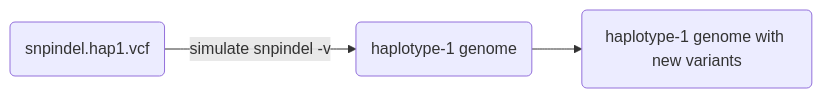
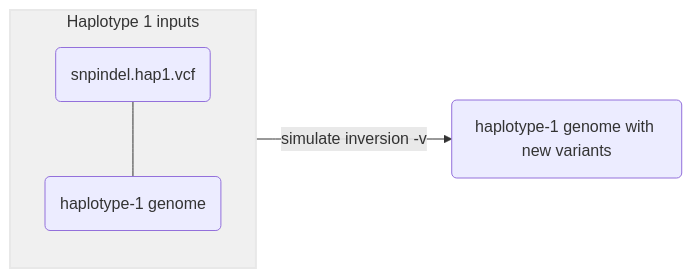
The fourth of 5 diagrams in Modules/Simulate/simulate-variants.md (pdimens/harpy), drawn with Mermaid before and after one commit. The commit also changed other lines of this file and 10 other files, not shown here.

Commit message:
make all the mermaids nicer

````diff
--- a/Modules/Simulate/simulate-variants.md
+++ b/Modules/Simulate/simulate-variants.md
@@ -250,5 +247,8 @@
 ```mermaid
 graph LR
-    hap1(snpindel.hap1.vcf)-->|simulate snpindel -v|geno
-    geno(haplotype-1 genome)-->genohap1(haplotype-1 genome with new variants)
+    subgraph id1 ["Haplotype 1 inputs"]
+    hap1(snpindel.hap1.vcf)---geno(haplotype-1 genome)
+    end
+    id1-->|simulate inversion -v|genohap1(haplotype-1 genome with new variants)
+    style id1 fill:#f0f0f0,stroke:#e8e8e8,stroke-width:2px
 ```
````
